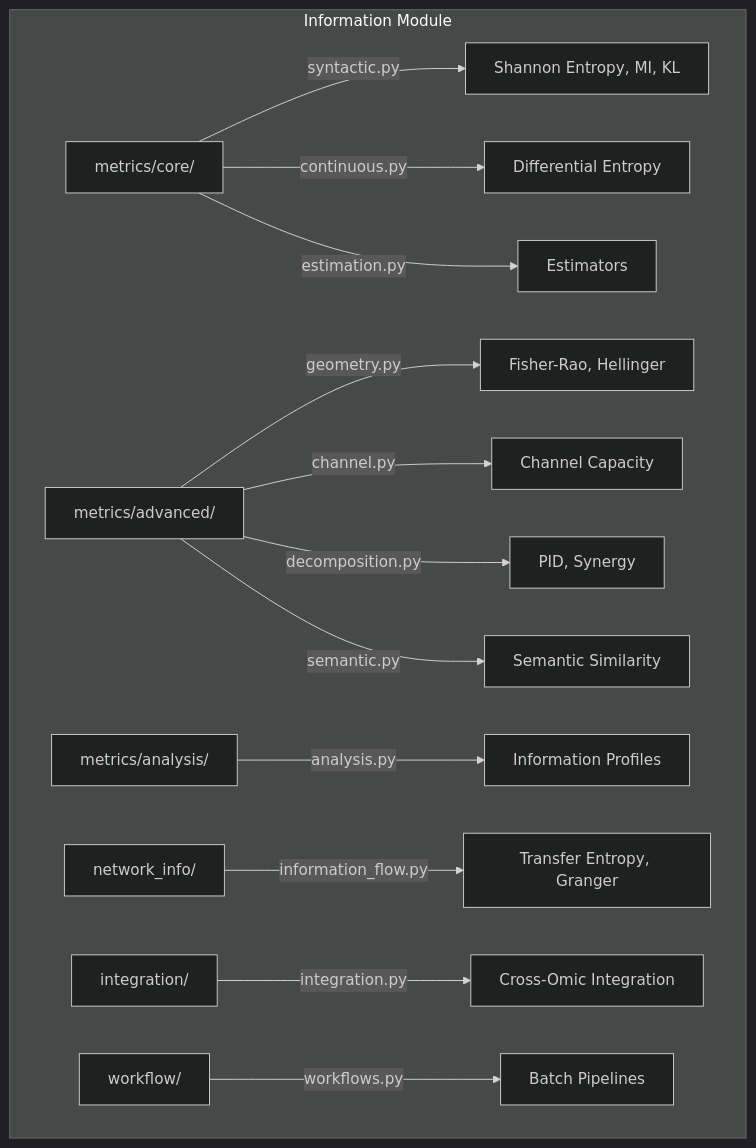
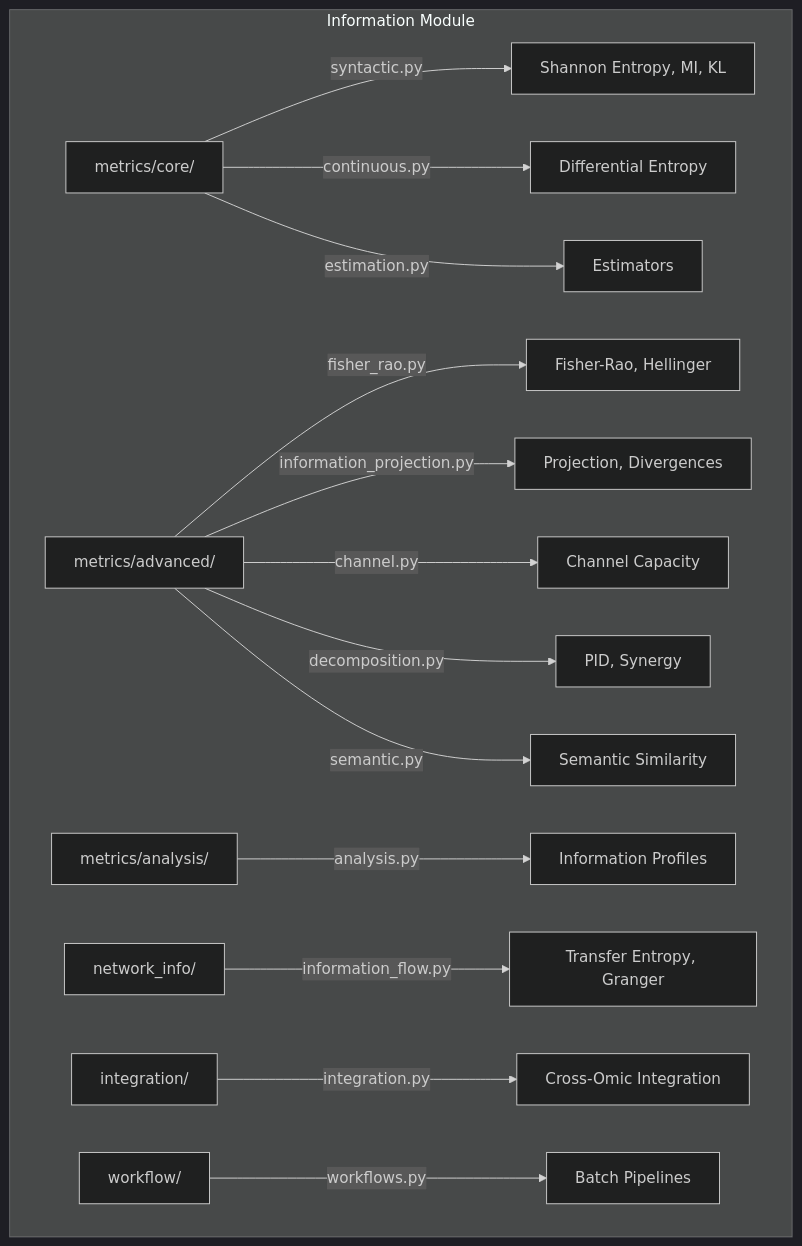
One commit to docxology/MetaInformAnt changed the diagram in docs/information/README.md. Above: the diagram before and after it, drawn with Mermaid (dark theme). The commit also changed 189 other files, not shown here.

````diff
--- a/docs/information/README.md
+++ b/docs/information/README.md
@@ -14,21 +14,22 @@
 ```mermaid
 graph TD
     subgraph "Information Module"
         MC[metrics/core/] --> |syntactic.py| SH[Shannon Entropy, MI, KL]
         MC --> |continuous.py| DE[Differential Entropy]
         MC --> |estimation.py| EST[Estimators]
 
-        MA[metrics/advanced/] --> |geometry.py| FG[Fisher-Rao, Hellinger]
+        MA[metrics/advanced/] --> |fisher_rao.py| FG[Fisher-Rao, Hellinger]
+        MA --> |information_projection.py| IP[Projection, Divergences]
         MA --> |channel.py| CH[Channel Capacity]
         MA --> |decomposition.py| DC[PID, Synergy]
         MA --> |semantic.py| SEM[Semantic Similarity]
 
         MN[metrics/analysis/] --> |analysis.py| PRO[Information Profiles]
 
         NI[network_info/] --> |information_flow.py| TF[Transfer Entropy, Granger]
 
         INT[integration/] --> |integration.py| BI[Cross-Omic Integration]
 
         WF[workflow/] --> |workflows.py| BAT[Batch Pipelines]
     end
 ```
````
